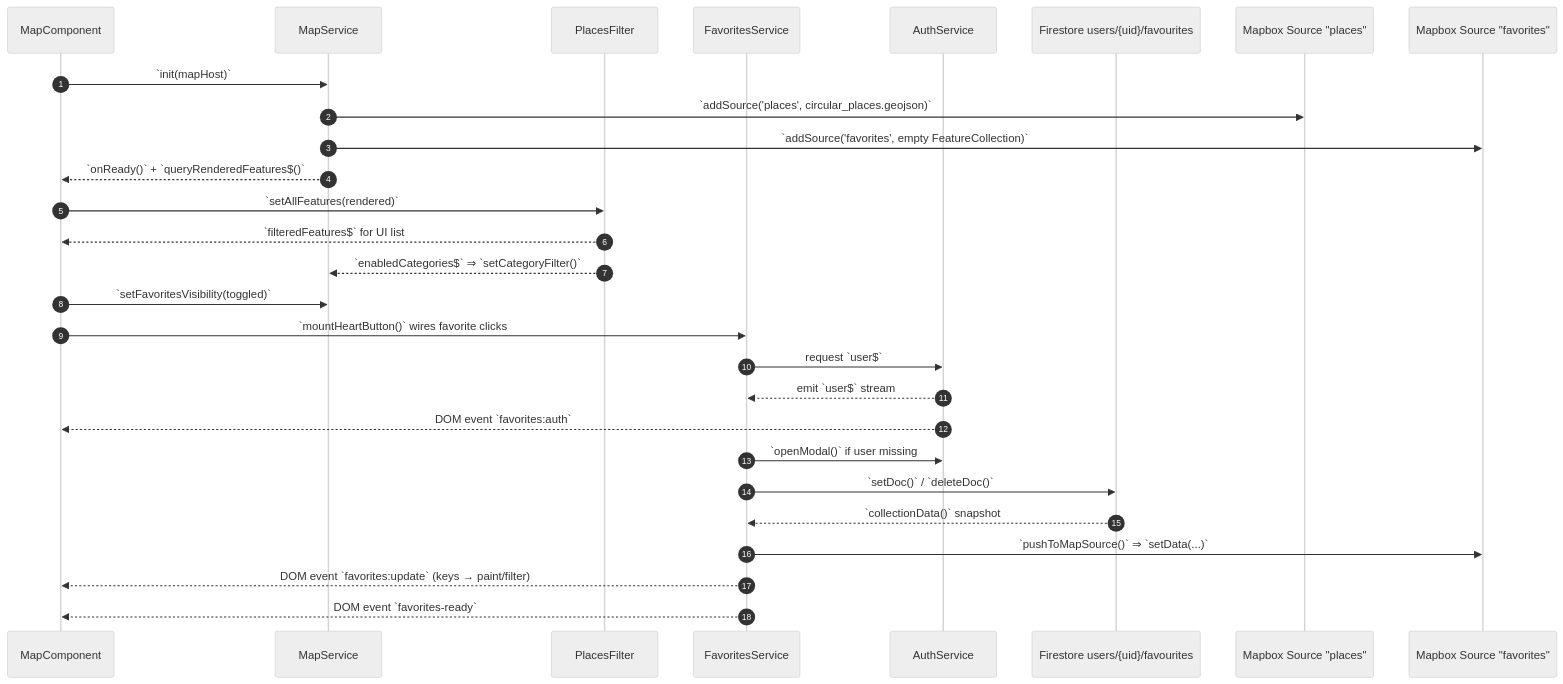
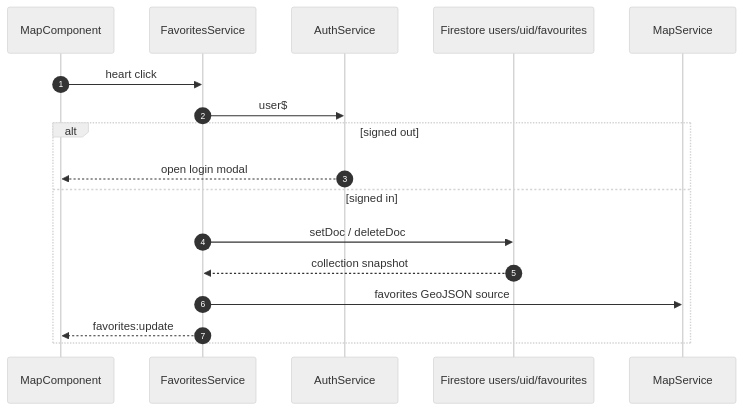
One commit to circeco/circulareconomy2.0 changed the third of 5 diagrams in DIAGRAMS.md. Above: the diagram before and after it, drawn with Mermaid (neutral theme). The commit also changed other lines of this file and 32 other files, not shown here.

````diff
--- a/DIAGRAMS.md
+++ b/DIAGRAMS.md
@@ -104,33 +70,20 @@
 ```mermaid
 sequenceDiagram
-    autonumber
-    participant MapCmp as MapComponent
-    participant MapSvc as MapService
-    participant Places as PlacesFilter
-    participant Fav as FavoritesService
-    participant Auth as AuthService
-    participant Firestore as Firestore users/{uid}/favourites
-    participant PlacesSrc as Mapbox Source "places"
-    participant FavSrc as Mapbox Source "favorites"
+  autonumber
+  participant MapCmp as MapComponent
+  participant Fav as FavoritesService
+  participant Auth as AuthService
+  participant FS as Firestore users/uid/favourites
+  participant MapSvc as MapService
 
-    MapCmp->>MapSvc: `init(mapHost)`
-    MapSvc->>PlacesSrc: `addSource('places', circular_places.geojson)`
-    MapSvc->>FavSrc: `addSource('favorites', empty FeatureCollection)`
-    MapSvc-->>MapCmp: `onReady()` + `queryRenderedFeatures$()`
-    MapCmp->>Places: `setAllFeatures(rendered)`
-    Places-->>MapCmp: `filteredFeatures$` for UI list
-    Places-->>MapSvc: `enabledCategories$` ⇒ `setCategoryFilter()`
-    MapCmp->>MapSvc: `setFavoritesVisibility(toggled)`
-
-    MapCmp->>Fav: `mountHeartButton()` wires favorite clicks
-    Fav->>Auth: request `user$`
-    Auth-->>Fav: emit `user$` stream
-    Auth-->>MapCmp: DOM event `favorites:auth`
-    Fav->>Auth: `openModal()` if user missing
-
-    Fav->>Firestore: `setDoc()` / `deleteDoc()`
-    Firestore-->>Fav: `collectionData()` snapshot
-    Fav->>FavSrc: `pushToMapSource()` ⇒ `setData(...)`
-    Fav-->>MapCmp: DOM event `favorites:update` (keys → paint/filter)
-    Fav-->>MapCmp: DOM event `favorites-ready`
+  MapCmp->>Fav: heart click
+  Fav->>Auth: user$
+  alt signed out
+    Auth-->>MapCmp: open login modal
+  else signed in
+    Fav->>FS: setDoc / deleteDoc
+    FS-->>Fav: collection snapshot
+    Fav->>MapSvc: favorites GeoJSON source
+    Fav-->>MapCmp: favorites:update
+  end
 ```
````
